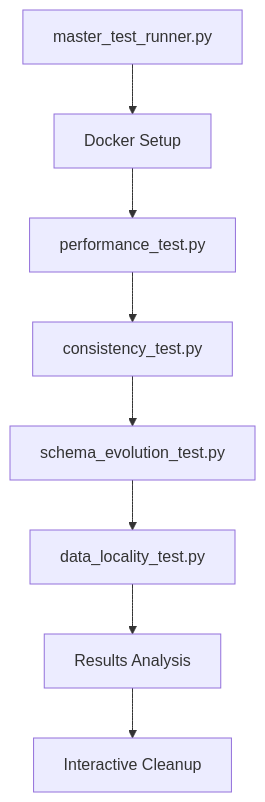
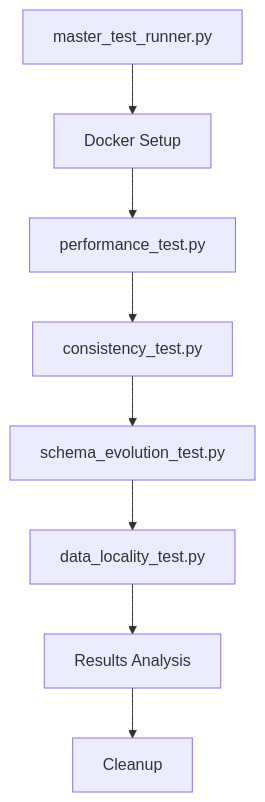
Before and after one commit to Tinkermannn/GROUP-12-K1: the diagram in README.md, drawn with Mermaid.

````diff
--- a/README.md
+++ b/README.md
@@ -387,10 +387,10 @@
 ```mermaid
 graph TD
     A[master_test_runner.py] --> B[Docker Setup]
     B --> C[performance_test.py]
     C --> D[consistency_test.py]
     D --> E[schema_evolution_test.py]
     E --> F[data_locality_test.py]
     F --> G[Results Analysis]
-    G --> H[Interactive Cleanup]
+    G --> H[Cleanup]
 ```
````
